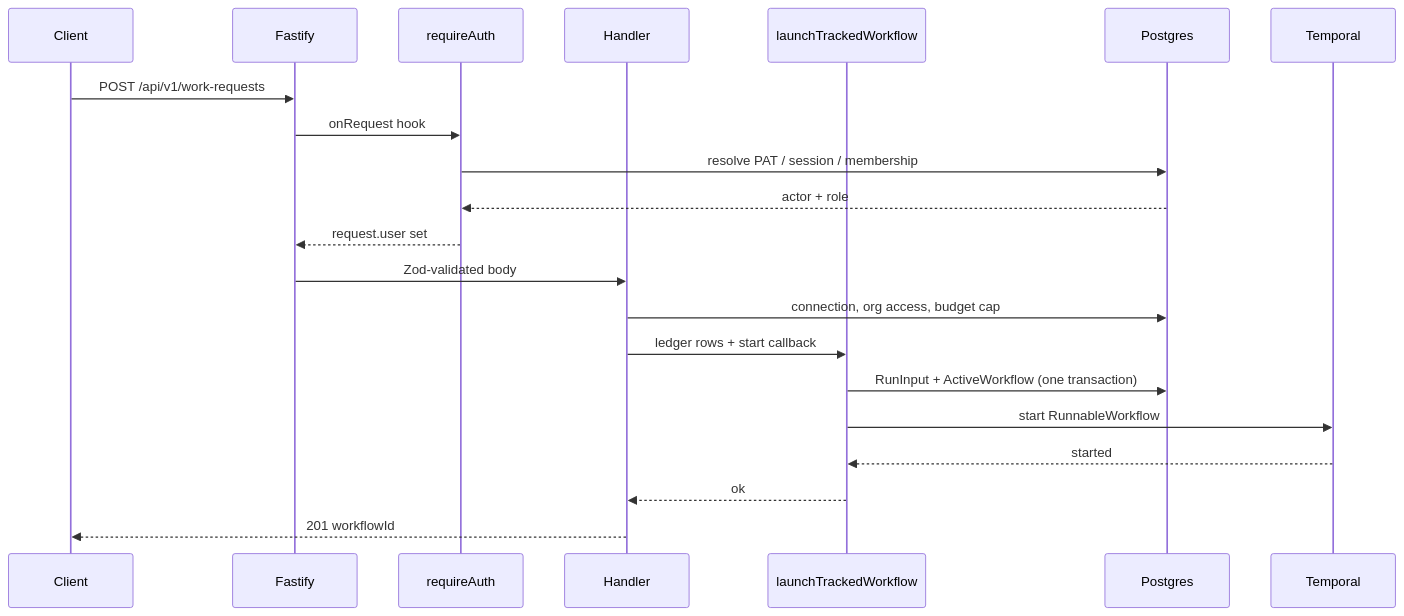
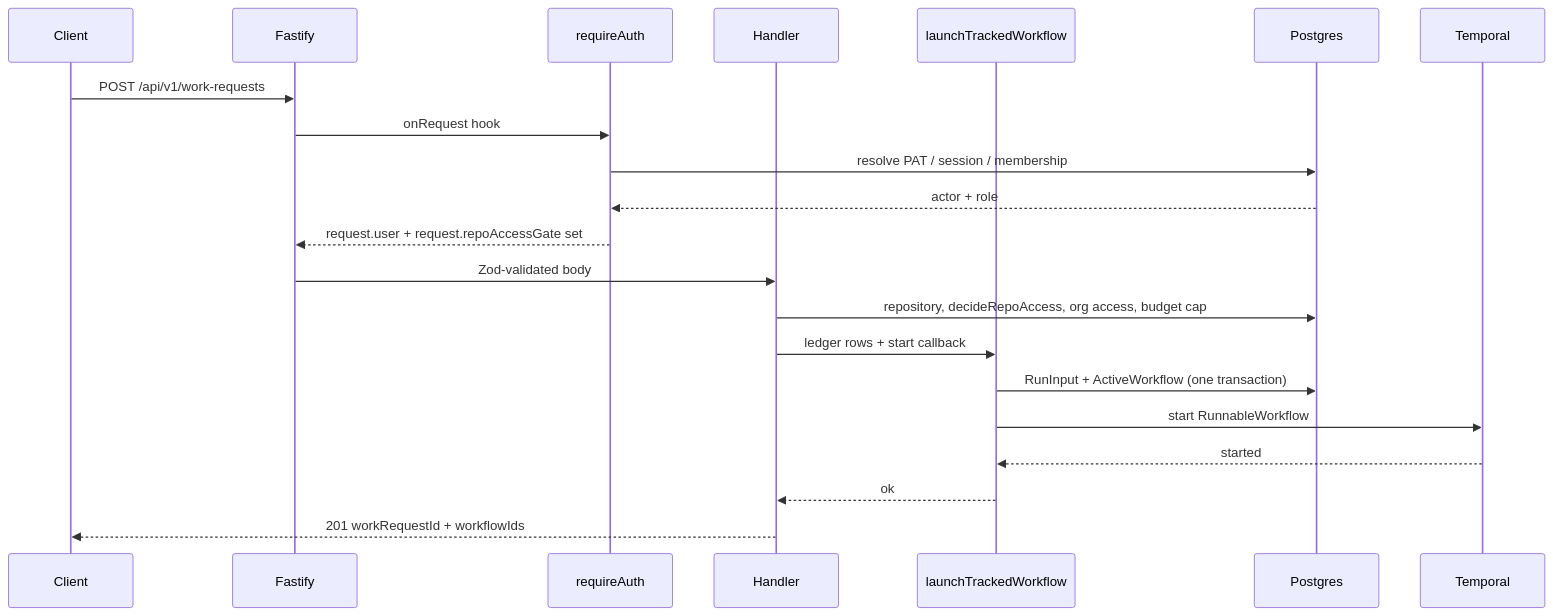
Before and after one commit to yorch/auto-swe: the second of 2 diagrams in wiki/3-gateway-api.md, drawn with Mermaid. The commit also changed other lines of this file and 12 other files, not shown here.

First line of the commit message:
docs: refresh the wiki to 147d054a and add the repository access page

````diff
--- a/wiki/3-gateway-api.md
+++ b/wiki/3-gateway-api.md
@@ -170,24 +200,24 @@
 ```mermaid
 sequenceDiagram
     participant Client
     participant Fastify
     participant requireAuth
     participant Handler
     participant launchTrackedWorkflow
     participant Postgres
     participant Temporal
 
     Client->>Fastify: POST /api/v1/work-requests
     Fastify->>requireAuth: onRequest hook
     requireAuth->>Postgres: resolve PAT / session / membership
     Postgres-->>requireAuth: actor + role
-    requireAuth-->>Fastify: request.user set
+    requireAuth-->>Fastify: request.user + request.repoAccessGate set
     Fastify->>Handler: Zod-validated body
-    Handler->>Postgres: connection, org access, budget cap
+    Handler->>Postgres: repository, decideRepoAccess, org access, budget cap
     Handler->>launchTrackedWorkflow: ledger rows + start callback
     launchTrackedWorkflow->>Postgres: RunInput + ActiveWorkflow (one transaction)
     launchTrackedWorkflow->>Temporal: start RunnableWorkflow
     Temporal-->>launchTrackedWorkflow: started
     launchTrackedWorkflow-->>Handler: ok
-    Handler-->>Client: 201 workflowId
+    Handler-->>Client: 201 workRequestId + workflowIds
 ```
````
